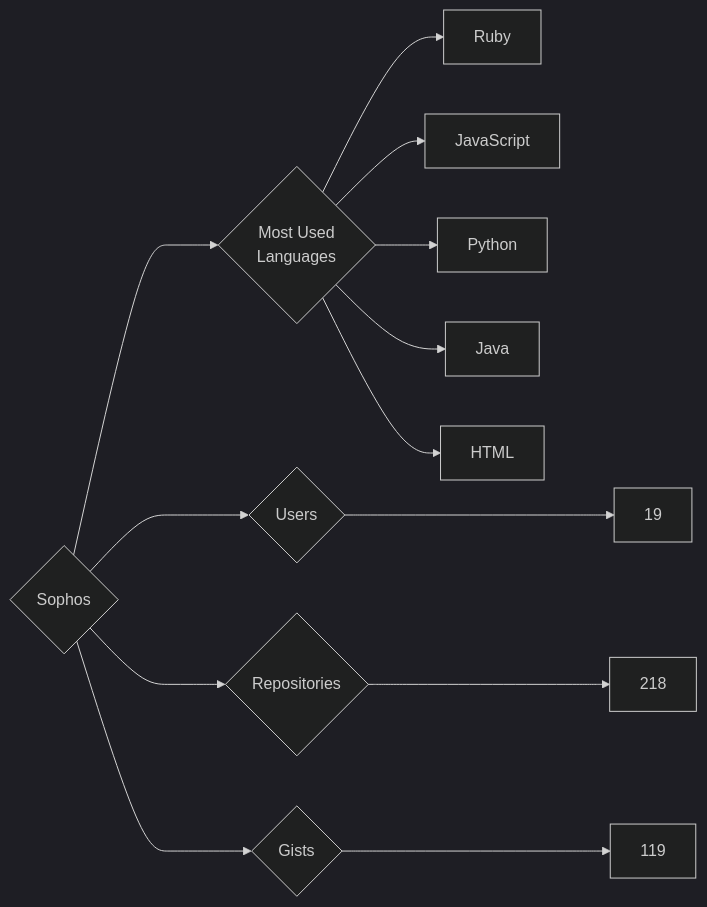
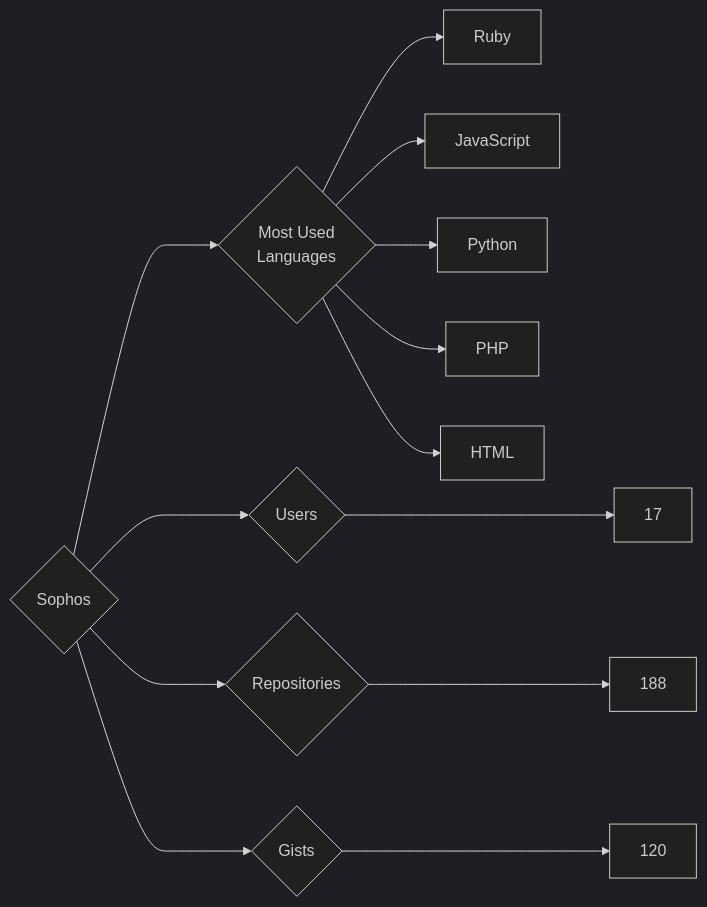
One commit to trickest/insiders changed the diagram in targets/Sophos/README.md. Above: the diagram before and after it, drawn with Mermaid (dark theme). The commit also changed 953 other files, not shown here.

````diff
--- a/targets/Sophos/README.md
+++ b/targets/Sophos/README.md
@@ -3,13 +3,13 @@
 ```mermaid
 graph LR
 COMPANY_NAME{Sophos}
-COMPANY_NAME ---> U{Users} ---> UN[19]
-COMPANY_NAME ---> R{Repositories} ---> RN[218]
-COMPANY_NAME ---> G{Gists} ---> GN[119]
+COMPANY_NAME ---> U{Users} ---> UN[17]
+COMPANY_NAME ---> R{Repositories} ---> RN[188]
+COMPANY_NAME ---> G{Gists} ---> GN[120]
 COMPANY_NAME ---> ML{Most Used<br>Languages}
 ML --> Ruby[Ruby]
 ML --> JavaScript[JavaScript]
 ML --> Python[Python]
-ML --> Java[Java]
+ML --> PHP[PHP]
 ML --> HTML[HTML]
 ```
````
